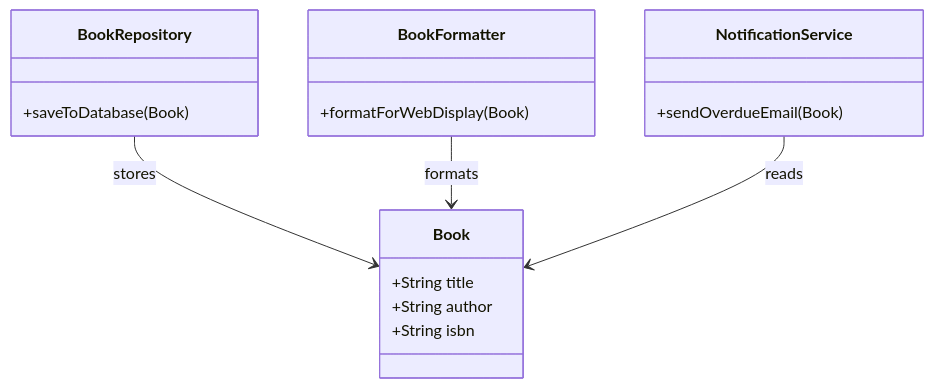
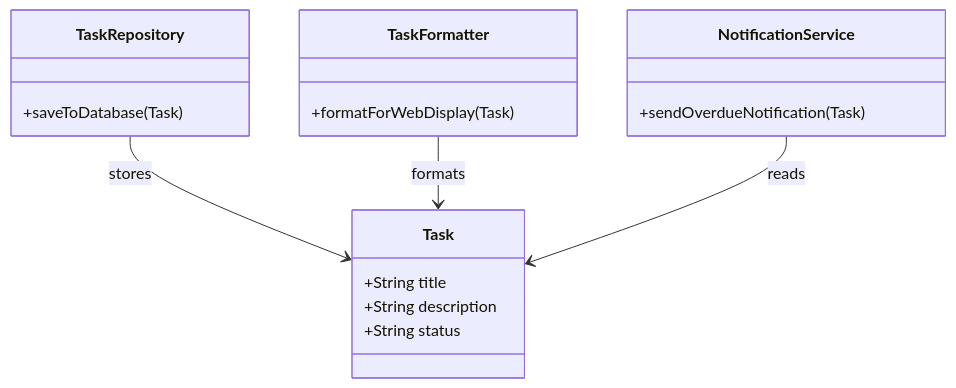
Before and after one commit to suli-g/stratum: the second of 2 diagrams in docs/level-1/L01.md, drawn with Mermaid. The commit also changed other lines of this file and 8 other files, not shown here.

````diff
--- a/docs/level-1/L01.md
+++ b/docs/level-1/L01.md
@@ -104,21 +100,21 @@
-```mermaid
+```{mermaid}
 classDiagram
-    class Book {
+    class Task {
         +String title
-        +String author
-        +String isbn
+        +String description
+        +String status
     }
-    class BookRepository {
-        +saveToDatabase(Book)
+    class TaskRepository {
+        +saveToDatabase(Task)
     }
-    class BookFormatter {
-        +formatForWebDisplay(Book)
+    class TaskFormatter {
+        +formatForWebDisplay(Task)
     }
     class NotificationService {
-        +sendOverdueEmail(Book)
+        +sendOverdueNotification(Task)
     }
 
-    BookRepository --> Book : stores
-    BookFormatter --> Book : formats
-    NotificationService --> Book : reads
+    TaskRepository --> Task : stores
+    TaskFormatter --> Task : formats
+    NotificationService --> Task : reads
 ```
````
